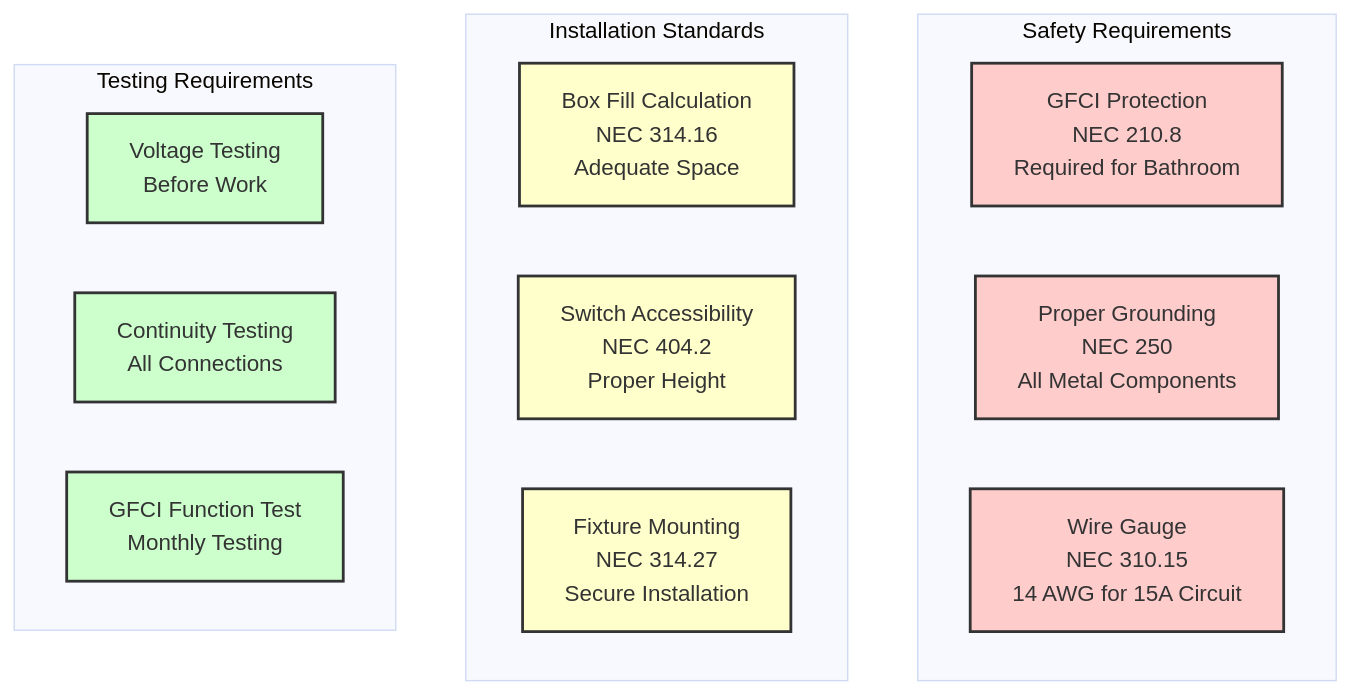
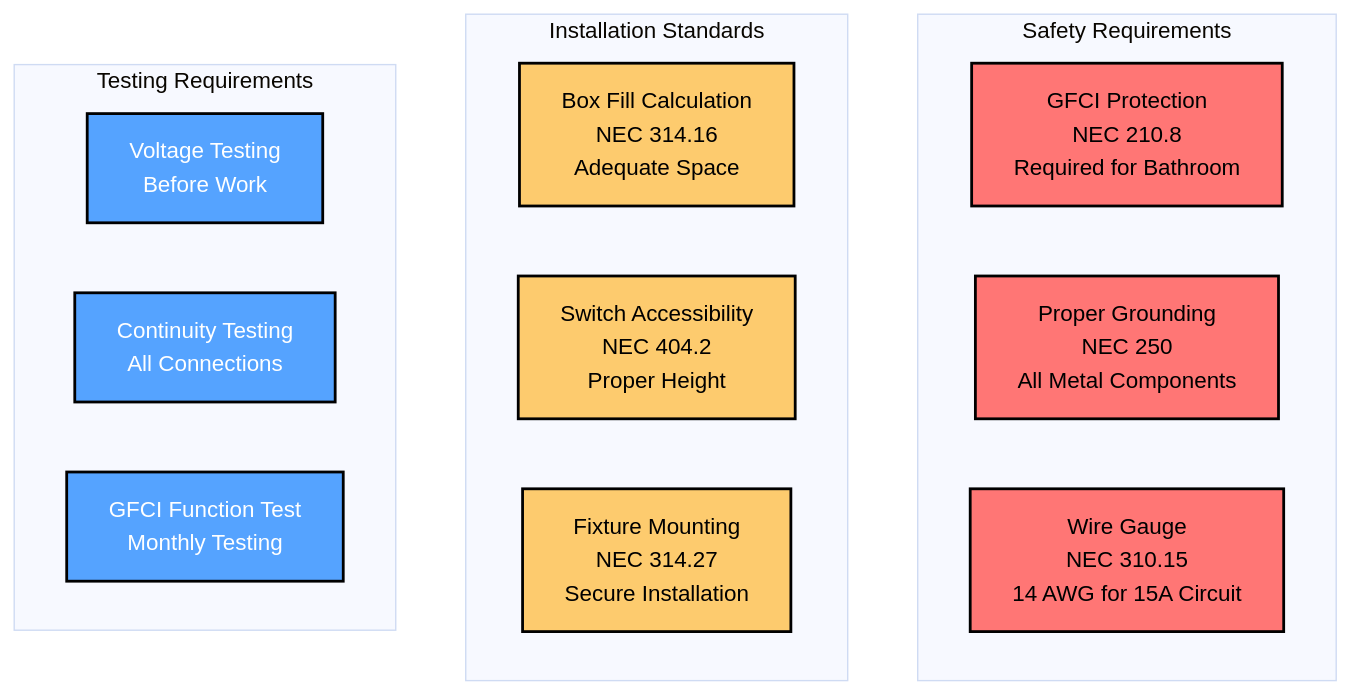
The seventh of 7 diagrams in diagrams/mermaid-wiring-diagram.md (ticklemycode/electrical-wiring), drawn with Mermaid (base theme) before and after one commit. The commit also changed other lines of this file, not shown here.

Commit message:
Mermaid diagram style updates

````diff
--- a/diagrams/mermaid-wiring-diagram.md
+++ b/diagrams/mermaid-wiring-diagram.md
@@ -286,28 +286,28 @@
 ```mermaid
 flowchart TD
     subgraph "Safety Requirements"
         GFCI_REQ[GFCI Protection<br/>NEC 210.8<br/>Required for Bathroom]
         GROUND_REQ[Proper Grounding<br/>NEC 250<br/>All Metal Components]
         WIRE_REQ[Wire Gauge<br/>NEC 310.15<br/>14 AWG for 15A Circuit]
     end
     
     subgraph "Installation Standards"
         BOX_FILL[Box Fill Calculation<br/>NEC 314.16<br/>Adequate Space]
         SWITCH_ACCESS[Switch Accessibility<br/>NEC 404.2<br/>Proper Height]
         FIXTURE_MOUNT[Fixture Mounting<br/>NEC 314.27<br/>Secure Installation]
     end
     
     subgraph "Testing Requirements"
         VOLTAGE_TEST[Voltage Testing<br/>Before Work]
         CONTINUITY[Continuity Testing<br/>All Connections]
         GFCI_TEST[GFCI Function Test<br/>Monthly Testing]
     end
     
-    classDef safetyStyle fill:#ffcccc,stroke:#333,stroke-width:2px
-    classDef standardStyle fill:#ffffcc,stroke:#333,stroke-width:2px
-    classDef testStyle fill:#ccffcc,stroke:#333,stroke-width:2px
+    classDef safetyStyle fill:#ff7675,stroke:#000,stroke-width:2px,color:#000
+    classDef standardStyle fill:#fdcb6e,stroke:#000,stroke-width:2px,color:#000
+    classDef testStyle fill:#55a3ff,stroke:#000,stroke-width:2px,color:#fff
     
     class GFCI_REQ,GROUND_REQ,WIRE_REQ safetyStyle
     class BOX_FILL,SWITCH_ACCESS,FIXTURE_MOUNT standardStyle
     class VOLTAGE_TEST,CONTINUITY,GFCI_TEST testStyle
 ```
````
